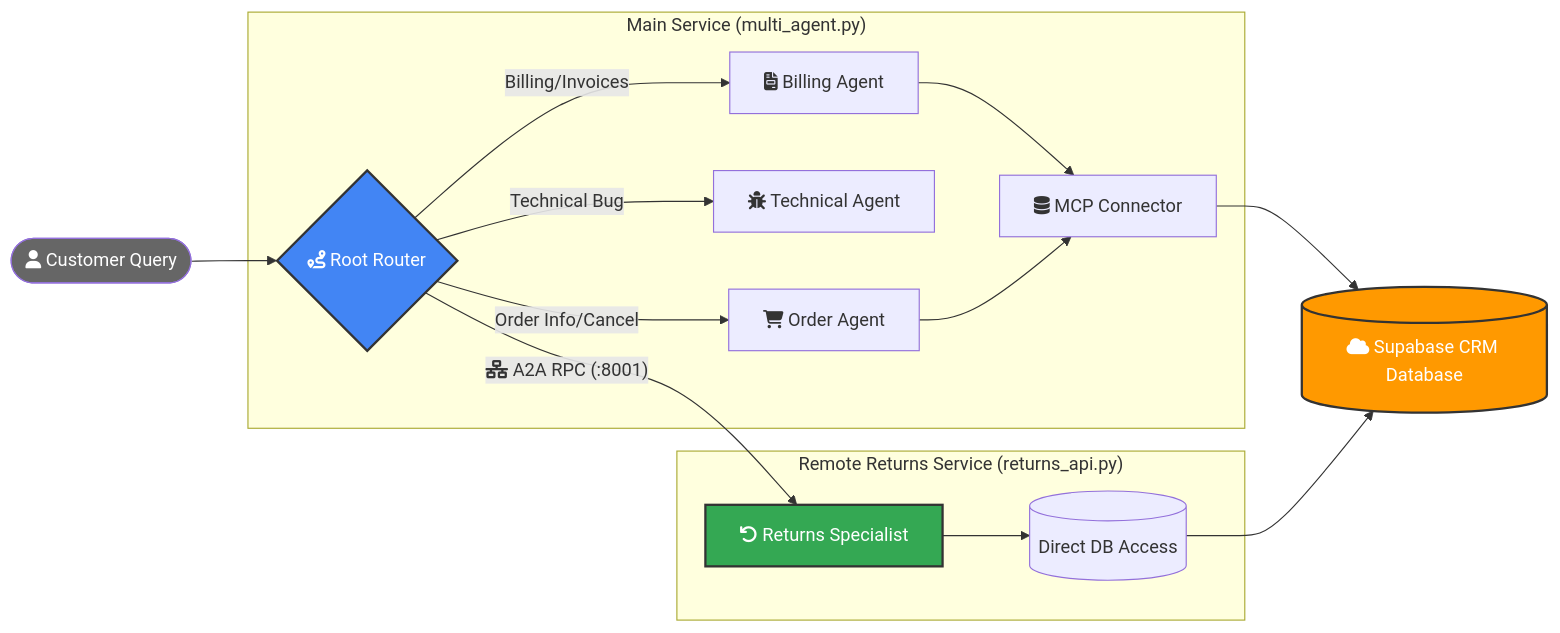
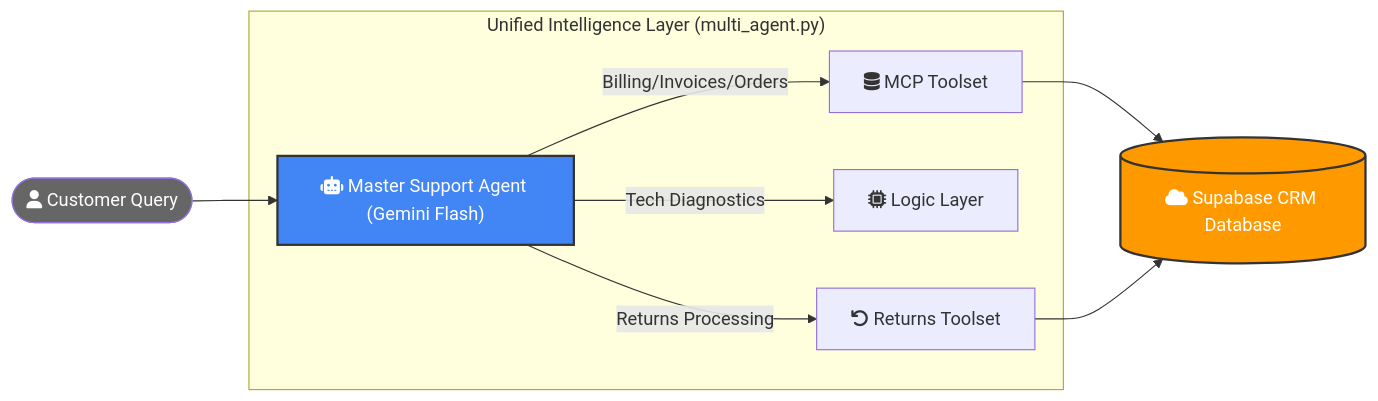
Before and after one commit to jvashwin17/mcp_a2a: the diagram in README.md, drawn with Mermaid. The commit also changed other lines of this file and 2 other files, not shown here.

Commit message:
Optimize architecture to Master Agent, enhance security with strict UUID validation and output sanitization, and update README with flowchart

````diff
--- a/README.md
+++ b/README.md
@@ -9,30 +9,18 @@
 ```mermaid
 flowchart LR
-    User([fa:fa-user Customer Query]) --> Router{fa:fa-route Root Router}
+    User([fa:fa-user Customer Query]) --> Master["fa:fa-robot Master Support Agent (Gemini Flash)"]
     
-    %% Main Service Process
-    subgraph "Main Service (multi_agent.py)"
-        Router -- "Billing/Invoices" --> Billing[fa:fa-file-invoice Billing Agent]
-        Router -- "Technical Bug" --> Tech[fa:fa-bug Technical Agent]
-        Router -- "Order Info/Cancel" --> Order[fa:fa-shopping-cart Order Agent]
-        
-        Billing --> MCP[fa:fa-database MCP Connector]
-        Order --> MCP
+    subgraph "Unified Intelligence Layer (multi_agent.py)"
+        Master -- "Billing/Invoices/Orders" --> MCP[fa:fa-database MCP Toolset]
+        Master -- "Tech Diagnostics" --> Tech[fa:fa-microchip Logic Layer]
+        Master -- "Returns Processing" --> Returns[fa:fa-undo Returns Toolset]
     end
     
-    %% Remote Service via A2A
-    subgraph "Remote Returns Service (returns_api.py)"
-        Router -- "fa:fa-network-wired A2A RPC (:8001)" --> Returns[fa:fa-undo Returns Specialist]
-        Returns --> Direct[(Direct DB Access)]
-    end
-    
-    %% Backend
     MCP --> Supabase[(fa:fa-cloud Supabase CRM Database)]
-    Direct --> Supabase
+    Returns --> Supabase
 
     %% Styling
-    style Router fill:#4285F4,stroke:#333,stroke-width:2px,color:#fff
-    style Returns fill:#34A853,stroke:#333,stroke-width:2px,color:#fff
+    style Master fill:#4285F4,stroke:#333,stroke-width:2px,color:#fff
     style Supabase fill:#FF9900,stroke:#333,stroke-width:2px,color:#fff
     style User fill:#666,color:#fff
 ```
````
